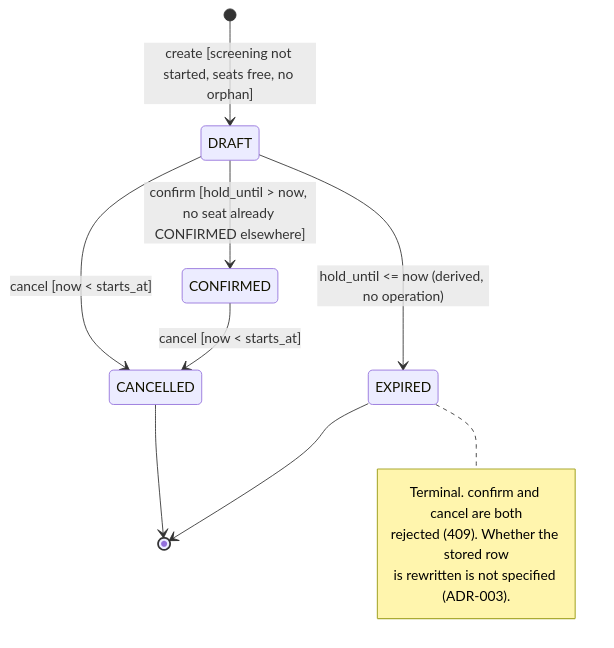
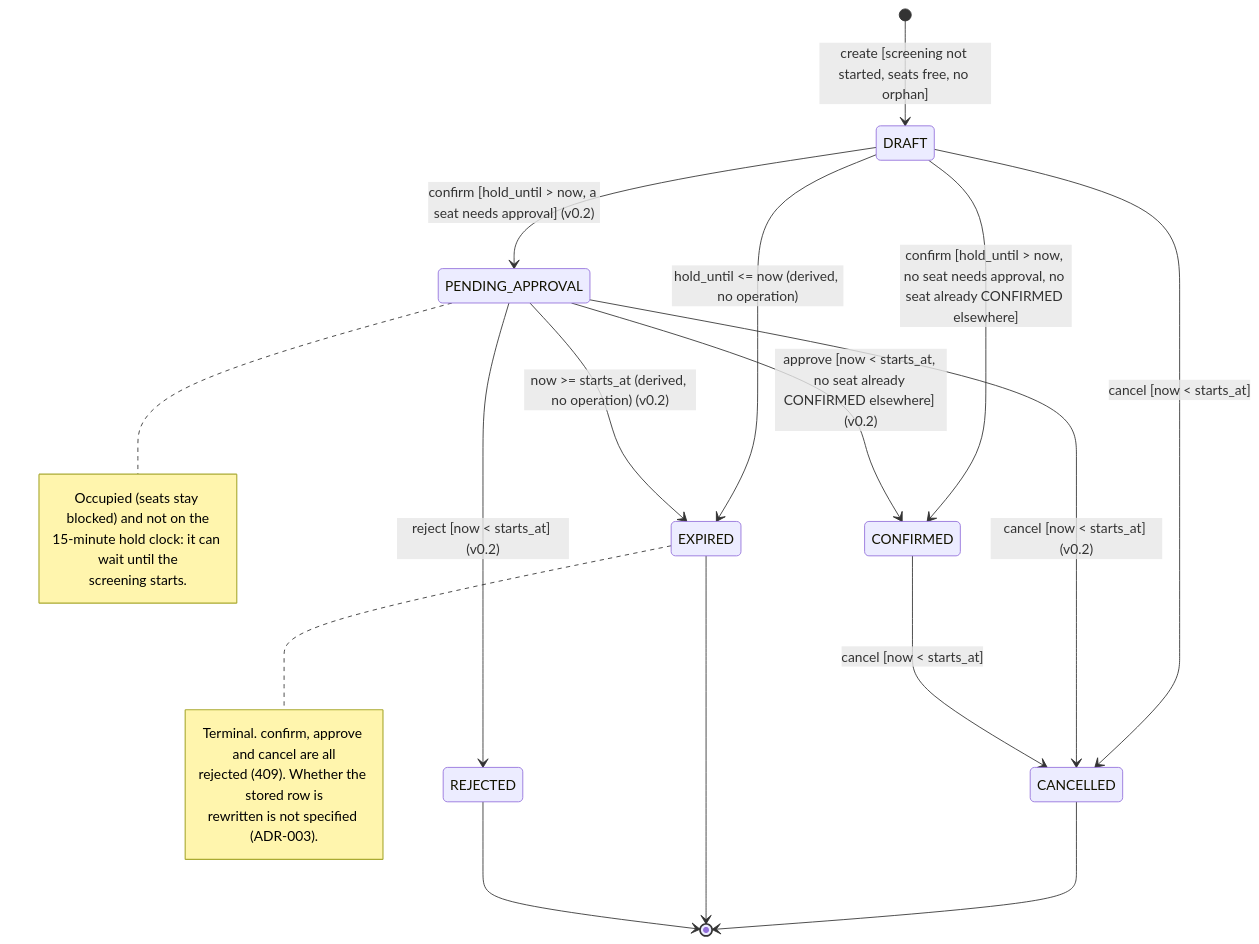
The second of 7 diagrams in docs/diagrams.md (SerpentSide/SWI_Projekt), drawn with Mermaid before and after one commit. The commit also changed other lines of this file and 5 other files, not shown here.

First line of the commit message:
C02: baseline v0.2 - approval before confirmation (spec, impact analysis, diagrams)

````diff
--- a/docs/diagrams.md
+++ b/docs/diagrams.md
@@ -62,16 +71,28 @@
 ```mermaid
 stateDiagram-v2
     [*] --> DRAFT: create [screening not started, seats free, no orphan]
-    DRAFT --> CONFIRMED: confirm [hold_until > now, no seat already CONFIRMED elsewhere]
+    DRAFT --> CONFIRMED: confirm [hold_until > now, no seat needs approval, no seat already CONFIRMED elsewhere]
+    DRAFT --> PENDING_APPROVAL: confirm [hold_until > now, a seat needs approval] (v0.2)
+    PENDING_APPROVAL --> CONFIRMED: approve [now < starts_at, no seat already CONFIRMED elsewhere] (v0.2)
+    PENDING_APPROVAL --> REJECTED: reject [now < starts_at] (v0.2)
     DRAFT --> CANCELLED: cancel [now < starts_at]
+    PENDING_APPROVAL --> CANCELLED: cancel [now < starts_at] (v0.2)
     CONFIRMED --> CANCELLED: cancel [now < starts_at]
     DRAFT --> EXPIRED: hold_until <= now (derived, no operation)
+    PENDING_APPROVAL --> EXPIRED: now >= starts_at (derived, no operation) (v0.2)
     CANCELLED --> [*]
     EXPIRED --> [*]
+    REJECTED --> [*]
+
+    note right of PENDING_APPROVAL
+        Occupied (seats stay blocked) and not on the
+        15-minute hold clock: it can wait until the
+        screening starts.
+    end note
 
     note right of EXPIRED
-        Terminal. confirm and cancel are both
-        rejected (409). Whether the stored row
-        is rewritten is not specified (ADR-003).
+        Terminal. confirm, approve and cancel are all
+        rejected (409). Whether the stored row is
+        rewritten is not specified (ADR-003).
     end note
 ```
````
